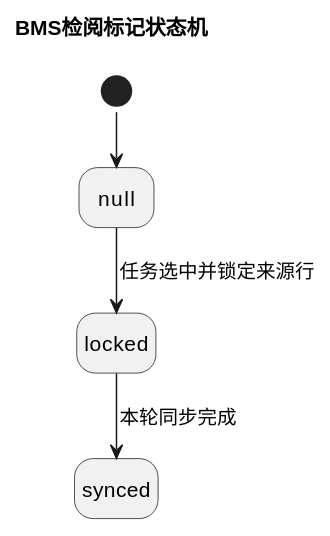
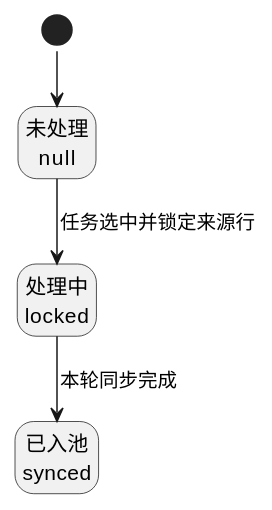
The ninth of 19 diagrams in product-caliber/bms/prd/账单系统.PRD.md (jack888332/projects-doc), drawn with PlantUML before and after one commit. The commit also changed other lines of this file, not shown here.

````diff
--- a/product-caliber/bms/prd/账单系统.PRD.md
+++ b/product-caliber/bms/prd/账单系统.PRD.md
@@ -1465,14 +1468,14 @@
 ```plantuml
 @startuml
 !pragma layout smetana
-title BMS检阅标记状态机
 hide empty description
-state "null" as Unreviewed
-state "locked" as Locked
-state "synced" as Synced
+
+state "未处理\nnull" as Unreviewed
+state "处理中\nlocked" as Locked
+state "已入池\nsynced" as Synced
 
 [*] --> Unreviewed
 Unreviewed --> Locked : 任务选中并锁定来源行
 Locked --> Synced : 本轮同步完成
 @enduml
 ```
````
